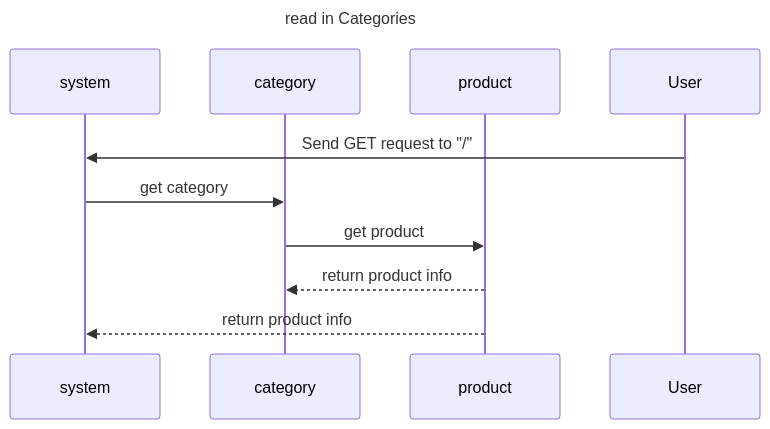
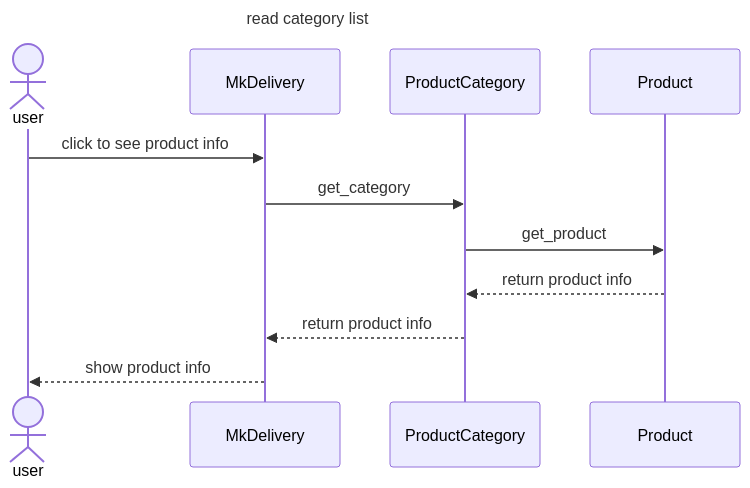
One commit to MxMhx/OOP_Project_MK_website changed the diagram in sequence_diag/category/read product.mmd. Above: the diagram before and after it, drawn with Mermaid. The commit also changed other lines of this file, not shown here.

Commit message:
Update read product.mmd

```diff
--- a/sequence_diag/category/read product.mmd
+++ b/sequence_diag/category/read product.mmd
@@ -1,11 +1,13 @@
 sequenceDiagram
-    title read in Categories
-    participant system
-    participant category
-    participant product
+    title read category list
+    actor user
+    participant MkDelivery
+    participant ProductCategory
+    participant Product
 
-    User ->> system: Send GET request to "/"
-    system ->> category: get category
-    category ->> product: get product
-    product -->> category: return product info 
-    product -->> system: return product info 
+    user ->> MkDelivery: click to see product info
+    MkDelivery ->> ProductCategory:get_category
+    ProductCategory ->> Product: get_product
+    Product -->> ProductCategory: return product info 
+    ProductCategory -->> MkDelivery:return product info
+    MkDelivery -->> user: show product info
```
